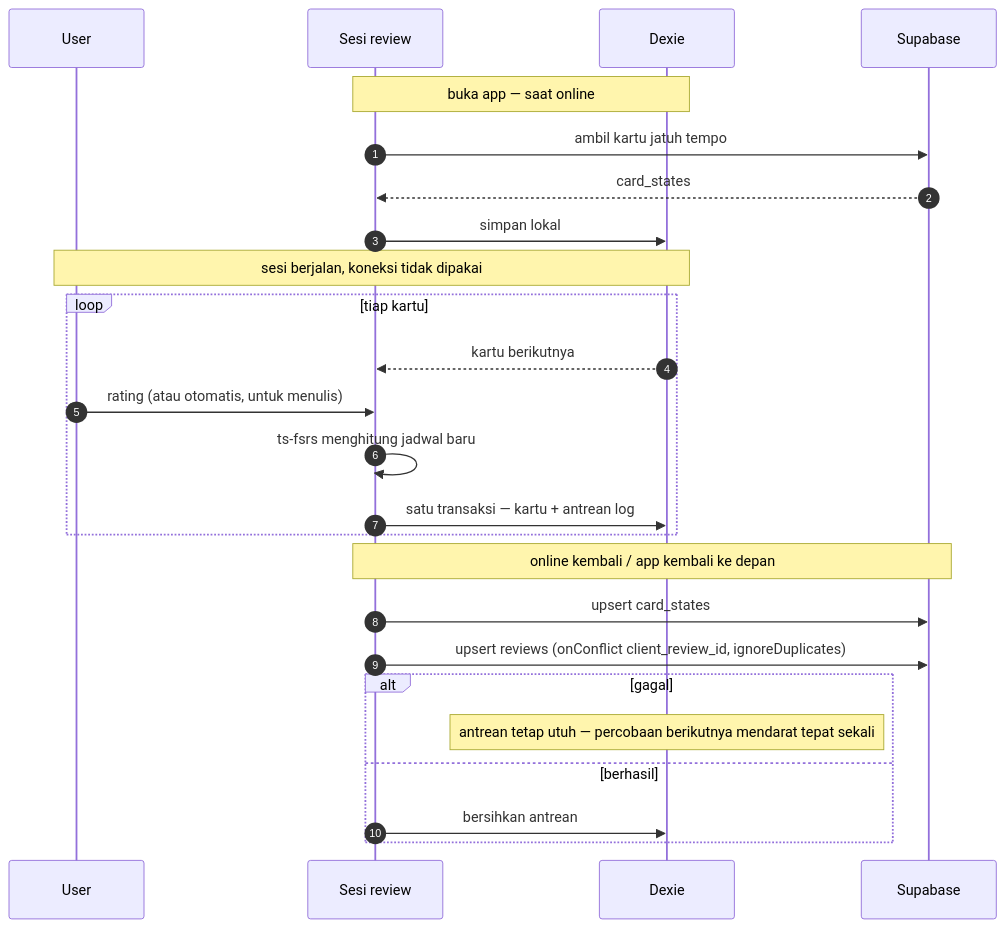
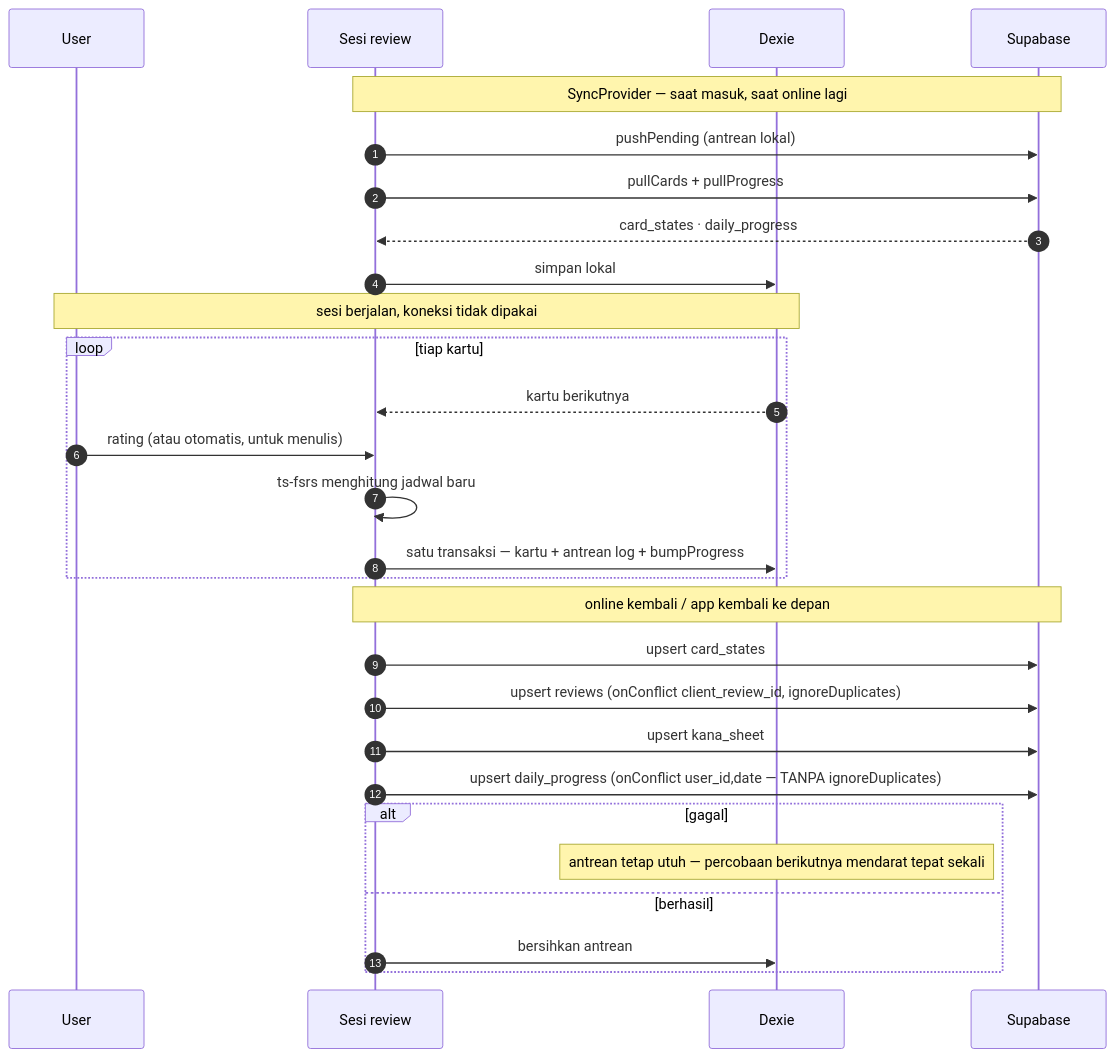
One commit to RiGi26/planner-family-platform changed the third of 4 diagrams in docs/ARCHITECTURE.md. Above: the diagram before and after it, drawn with Mermaid. The commit also changed other lines of this file and 1 other file, not shown here.

First line of the commit message:
docs: PRD 2.2 and ARCHITECTURE catch up with a finished Sprint 1

````diff
--- a/docs/ARCHITECTURE.md
+++ b/docs/ARCHITECTURE.md
@@ -174,30 +210,33 @@
 ```mermaid
 sequenceDiagram
     autonumber
     participant U as User
     participant App as Sesi review
     participant D as Dexie
     participant S as Supabase
 
-    Note over App,D: buka app — saat online
-    App->>S: ambil kartu jatuh tempo
-    S-->>App: card_states
+    Note over App,S: SyncProvider — saat masuk, saat online lagi
+    App->>S: pushPending (antrean lokal)
+    App->>S: pullCards + pullProgress
+    S-->>App: card_states · daily_progress
     App->>D: simpan lokal
 
     Note over U,D: sesi berjalan, koneksi tidak dipakai
     loop tiap kartu
         D-->>App: kartu berikutnya
         U->>App: rating (atau otomatis, untuk menulis)
         App->>App: ts-fsrs menghitung jadwal baru
-        App->>D: satu transaksi — kartu + antrean log
+        App->>D: satu transaksi — kartu + antrean log + bumpProgress
     end
 
     Note over App,S: online kembali / app kembali ke depan
     App->>S: upsert card_states
     App->>S: upsert reviews (onConflict client_review_id, ignoreDuplicates)
+    App->>S: upsert kana_sheet
+    App->>S: upsert daily_progress (onConflict user_id,date — TANPA ignoreDuplicates)
     alt gagal
         Note over D: antrean tetap utuh — percobaan berikutnya mendarat tepat sekali
     else berhasil
         App->>D: bersihkan antrean
     end
 ```
````
